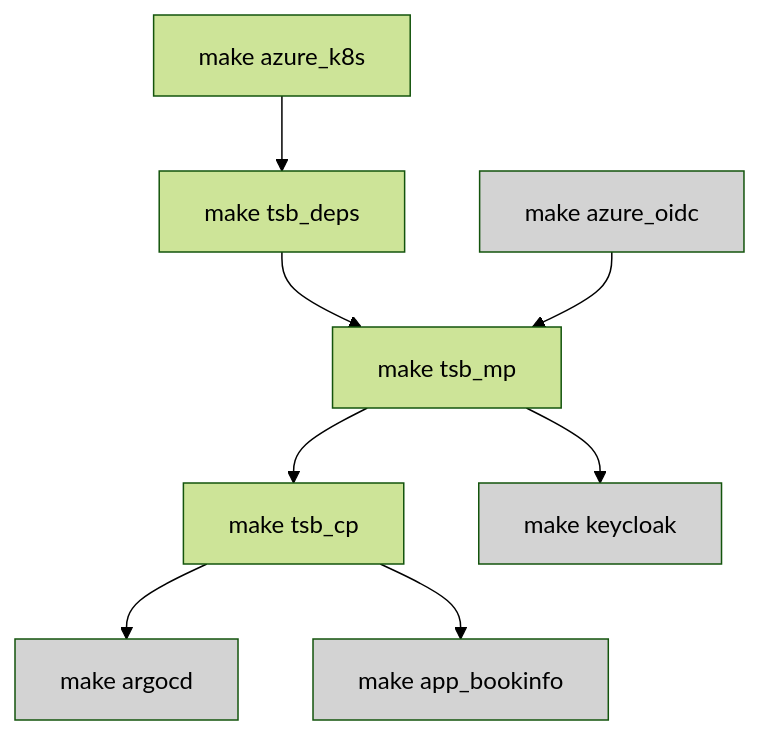
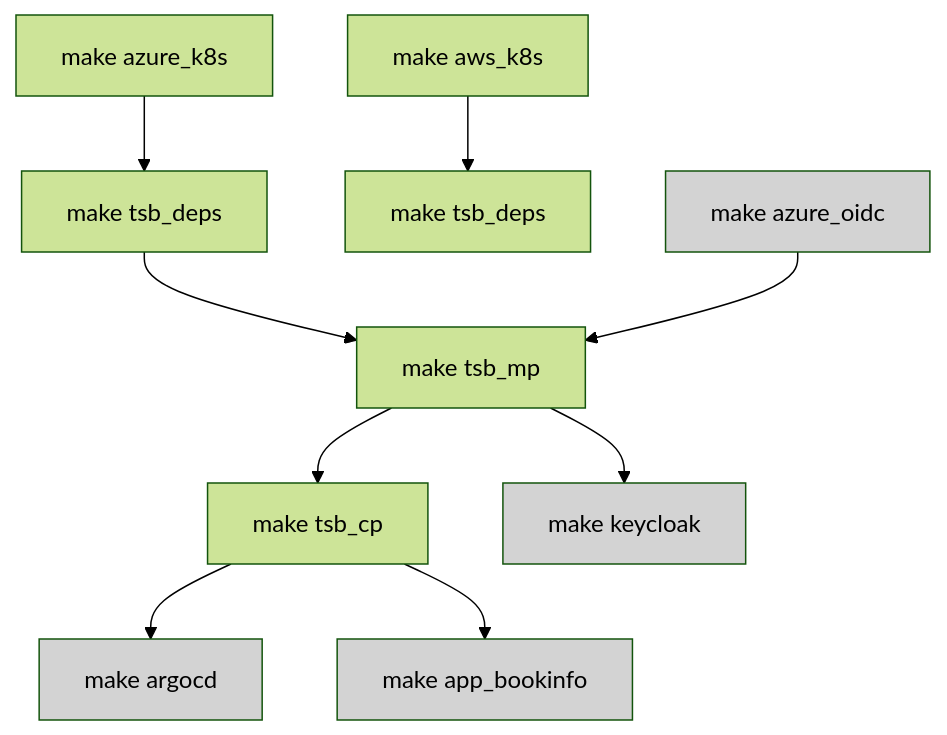
One commit to tetratelabs/tetrate-service-bridge-sandbox changed the diagram in README.md. Above: the diagram before and after it, drawn with Mermaid (forest theme).

````diff
--- a/README.md
+++ b/README.md
@@ -8,14 +8,15 @@
 ```mermaid
   graph TD;
       A[make azure_k8s] --> B[make tsb_deps]
+      AA[make aws_k8s] --> BB[make tsb_deps]
       B[make tsb_deps] --> C[make tsb_mp]
       Y[make azure_oidc] --> C[make tsb_mp]
       C[make tsb_mp] --> D[make tsb_cp]
       C[make tsb_mp] --> F[make keycloak]
       D[make tsb_cp] --> E[make argocd]
       D[make tsb_cp] --> Z[make app_bookinfo]
       style Z fill:lightgrey
       style Y fill:lightgrey
       style E fill:lightgrey
       style F fill:lightgrey
 ```
````
